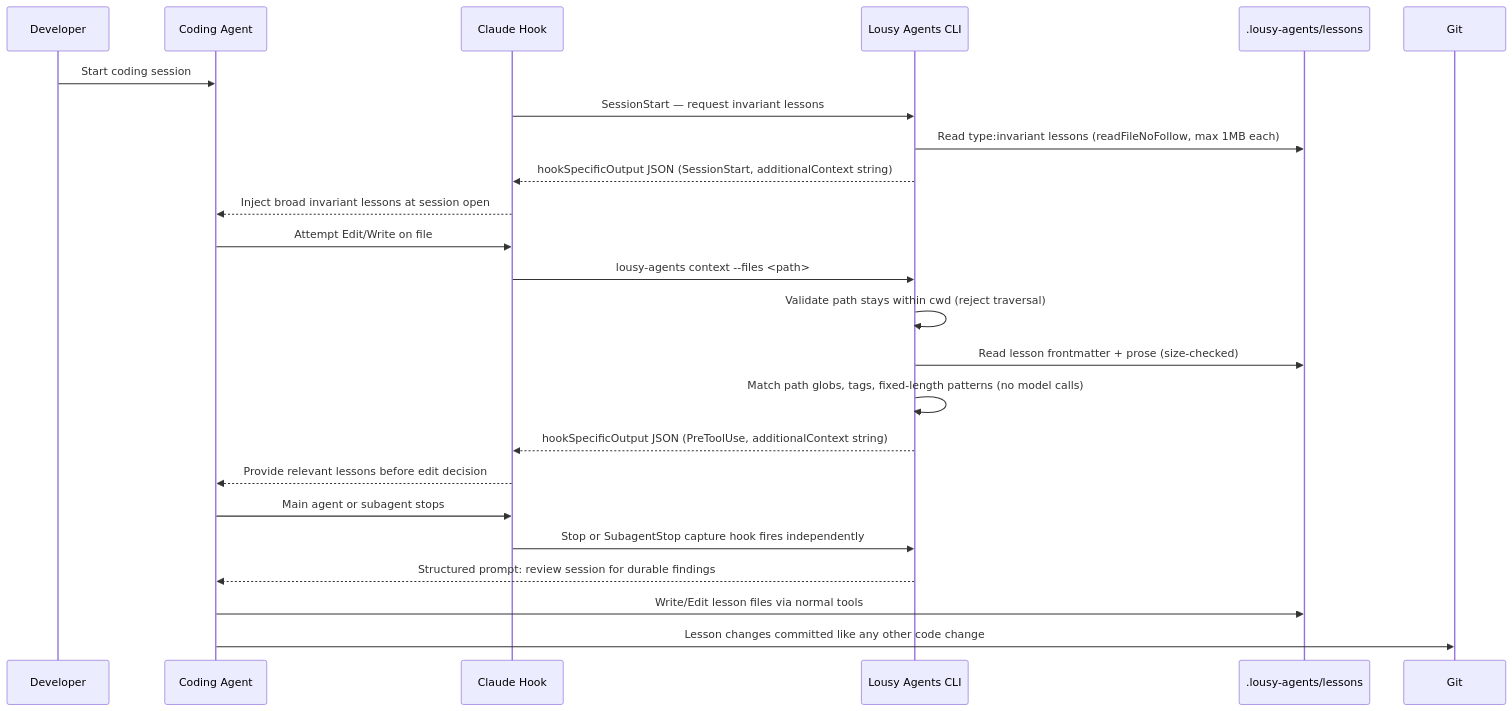
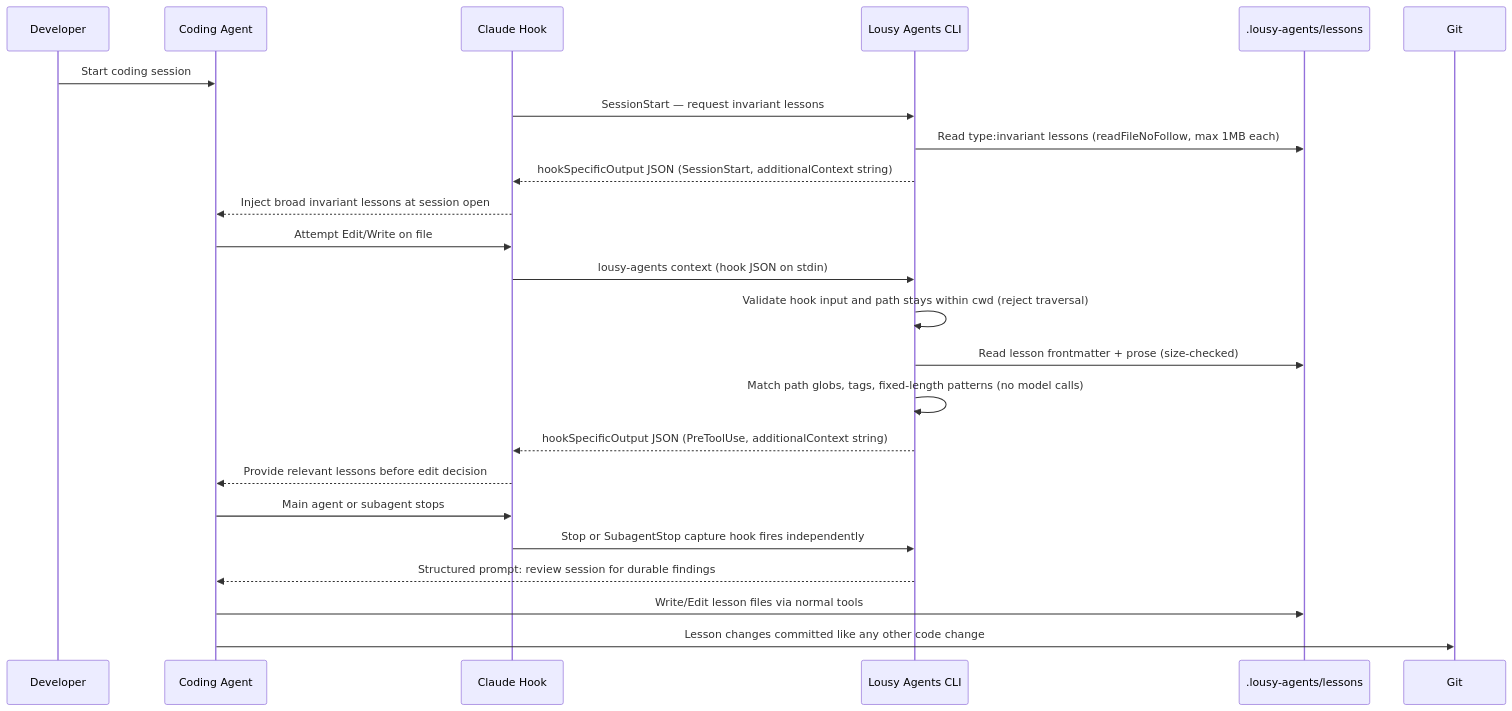
Before and after one commit to zpratt/lousy-agents: the second of 2 diagrams in .github/specs/lesson-capture-context-injection.spec.md, drawn with Mermaid. The commit also changed other lines of this file, not shown here.

````diff
--- a/.github/specs/lesson-capture-context-injection.spec.md
+++ b/.github/specs/lesson-capture-context-injection.spec.md
@@ -394,29 +428,29 @@
 ```mermaid
 sequenceDiagram
     participant Dev as Developer
     participant Agent as Coding Agent
     participant Hook as Claude Hook
     participant CLI as Lousy Agents CLI
     participant Lessons as .lousy-agents/lessons
     participant Git as Git
 
     Dev->>Agent: Start coding session
     Hook->>CLI: SessionStart — request invariant lessons
     CLI->>Lessons: Read type:invariant lessons (readFileNoFollow, max 1MB each)
     CLI-->>Hook: hookSpecificOutput JSON (SessionStart, additionalContext string)
     Hook-->>Agent: Inject broad invariant lessons at session open
 
     Agent->>Hook: Attempt Edit/Write on file
-    Hook->>CLI: lousy-agents context --files <path>
-    CLI->>CLI: Validate path stays within cwd (reject traversal)
+    Hook->>CLI: lousy-agents context (hook JSON on stdin)
+    CLI->>CLI: Validate hook input and path stays within cwd (reject traversal)
     CLI->>Lessons: Read lesson frontmatter + prose (size-checked)
     CLI->>CLI: Match path globs, tags, fixed-length patterns (no model calls)
     CLI-->>Hook: hookSpecificOutput JSON (PreToolUse, additionalContext string)
     Hook-->>Agent: Provide relevant lessons before edit decision
 
     Agent->>Hook: Main agent or subagent stops
     Hook->>CLI: Stop or SubagentStop capture hook fires independently
     CLI-->>Agent: Structured prompt: review session for durable findings
     Agent->>Lessons: Write/Edit lesson files via normal tools
     Agent->>Git: Lesson changes committed like any other code change
 ```
````
